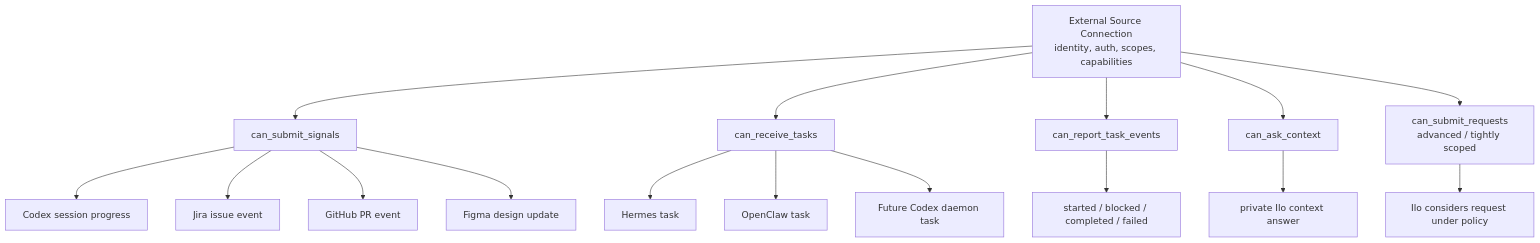
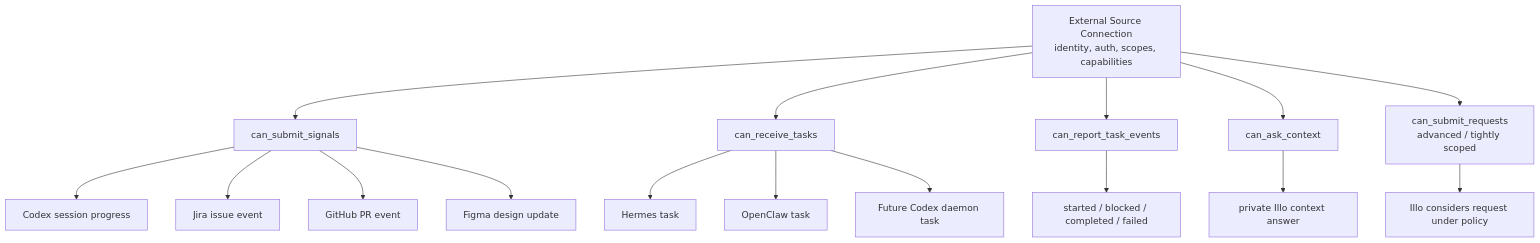
Before and after one commit to Illospace/illospace: the second of 7 diagrams in docs/prd-inbound-coordination-layer.md, drawn with Mermaid. The commit also changed other lines of this file and 2 other files, not shown here.

````diff
--- a/docs/prd-inbound-coordination-layer.md
+++ b/docs/prd-inbound-coordination-layer.md
@@ -514,23 +546,23 @@
 ```mermaid
 flowchart TD
     Conn["External Source Connection<br/>identity, auth, scopes, capabilities"]
 
     Conn --> Signals["can_submit_signals"]
     Conn --> Tasks["can_receive_tasks"]
     Conn --> TaskEvents["can_report_task_events"]
     Conn --> Context["can_ask_context"]
     Conn --> Requests["can_submit_requests<br/>advanced / tightly scoped"]
 
     Signals --> S1["Codex session progress"]
     Signals --> S2["Jira issue event"]
     Signals --> S3["GitHub PR event"]
     Signals --> S4["Figma design update"]
 
     Tasks --> T1["Hermes task"]
     Tasks --> T2["OpenClaw task"]
     Tasks --> T3["Future Codex daemon task"]
 
     TaskEvents --> R1["started / blocked / completed / failed"]
-    Context --> C1["private Ilo context answer"]
-    Requests --> E1["Ilo considers request under policy"]
+    Context --> C1["private Illo context answer"]
+    Requests --> E1["Illo considers request under policy"]
 ```
````
